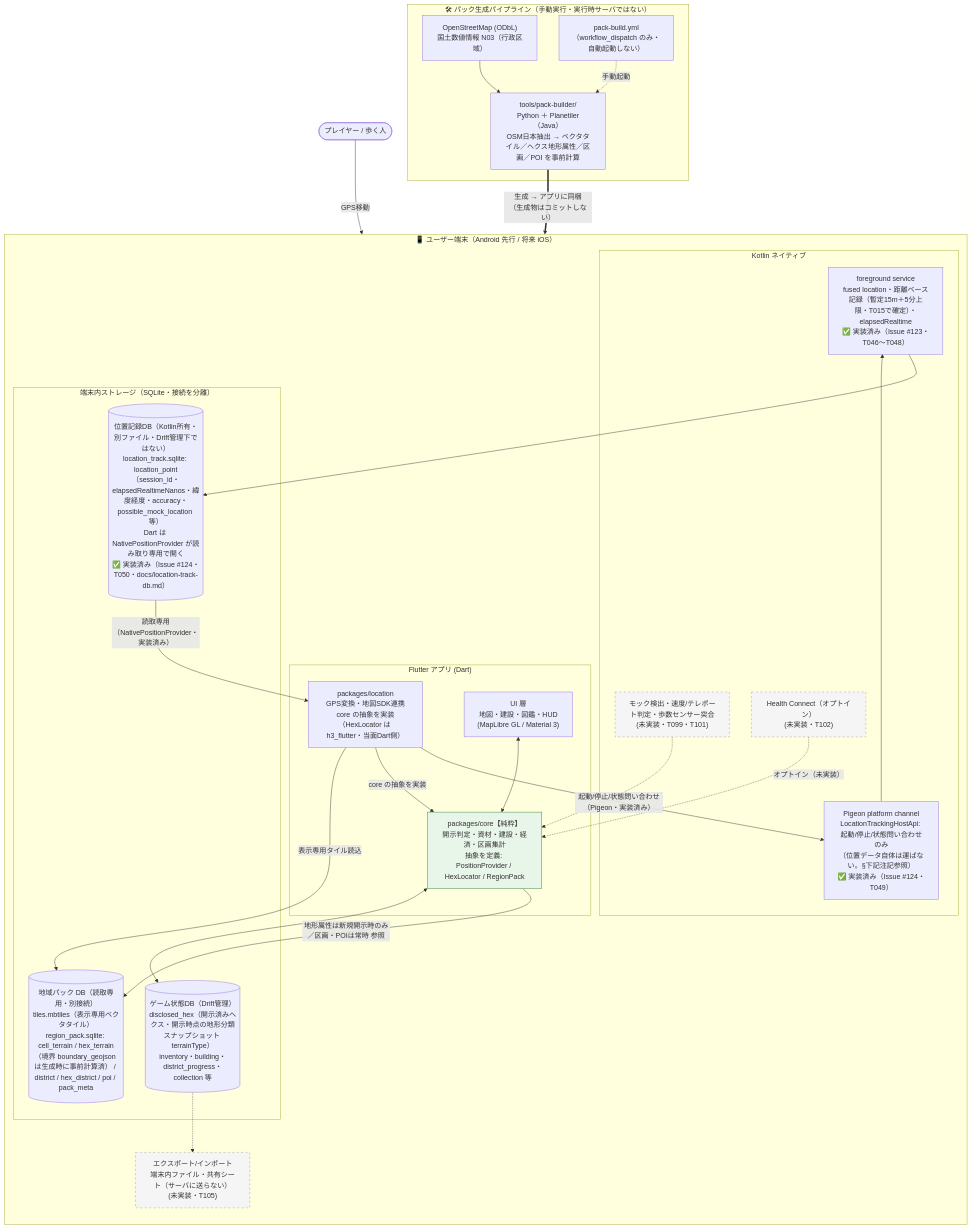
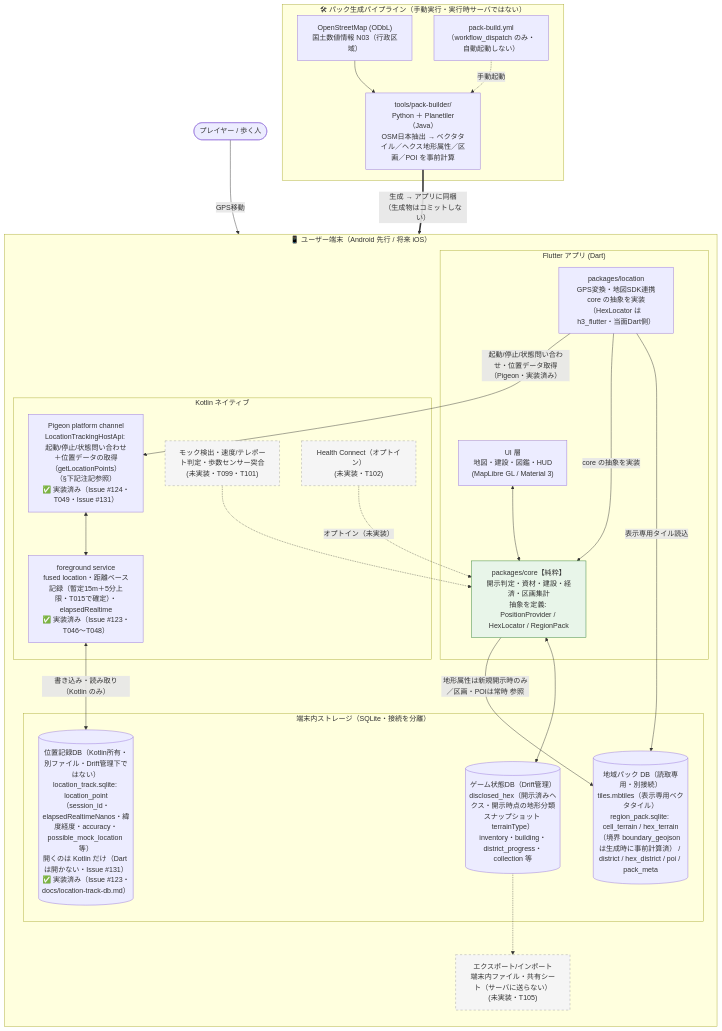
Before and after one commit to rokusoudo-product/terra-town: the first of 3 diagrams in docs/architecture.md, drawn with Mermaid. The commit also changed other lines of this file and 1 other file, not shown here.

Commit message:
docs: README・architecture の構成図と注記を location_track.sqlite は Kotlin のみが開く設計に更新（Issue #131）

````diff
--- a/docs/architecture.md
+++ b/docs/architecture.md
@@ -11,54 +11,53 @@
 ```mermaid
 flowchart TB
     user([プレイヤー / 歩く人])
 
     subgraph device["📱 ユーザー端末（Android 先行 / 将来 iOS）"]
         direction TB
         subgraph flutter["Flutter アプリ (Dart)"]
             ui["UI 層<br/>地図・建設・図鑑・HUD<br/>(MapLibre GL / Material 3)"]
             core["packages/core【純粋】<br/>開示判定・資材・建設・経済・区画集計<br/>抽象を定義: PositionProvider / HexLocator / RegionPack"]
             loc["packages/location<br/>GPS変換・地図SDK連携<br/>core の抽象を実装（HexLocator は h3_flutter・当面Dart側）"]
         end
         subgraph native["Kotlin ネイティブ"]
             fg["foreground service<br/>fused location・距離ベース記録（暫定15m＋5分上限・T015で確定）・elapsedRealtime<br/>✅ 実装済み（Issue #123・T046〜T048）"]
-            pigeon["Pigeon platform channel<br/>LocationTrackingHostApi: 起動/停止/状態問い合わせのみ<br/>（位置データ自体は運ばない。§下記注記参照）<br/>✅ 実装済み（Issue #124・T049）"]
+            pigeon["Pigeon platform channel<br/>LocationTrackingHostApi: 起動/停止/状態問い合わせ＋位置データの取得（getLocationPoints）<br/>（§下記注記参照）<br/>✅ 実装済み（Issue #124・T049・Issue #131）"]
             anti["モック検出・速度/テレポート判定・歩数センサー突合<br/>(未実装・T099・T101)"]
             health["Health Connect（オプトイン）<br/>(未実装・T102)"]
         end
         subgraph store["端末内ストレージ（SQLite・接続を分離）"]
             gamedb[("ゲーム状態DB（Drift管理）<br/>disclosed_hex（開示済みヘクス・開示時点の地形分類スナップショット terrainType）<br/>inventory・building・district_progress・collection 等")]
-            trackdb[("位置記録DB（Kotlin所有・別ファイル・Drift管理下ではない）<br/>location_track.sqlite: location_point（session_id・elapsedRealtimeNanos・緯度経度・accuracy・possible_mock_location 等）<br/>Dart は NativePositionProvider が読み取り専用で開く<br/>✅ 実装済み（Issue #124・T050・docs/location-track-db.md）")]
+            trackdb[("位置記録DB（Kotlin所有・別ファイル・Drift管理下ではない）<br/>location_track.sqlite: location_point（session_id・elapsedRealtimeNanos・緯度経度・accuracy・possible_mock_location 等）<br/>開くのは Kotlin だけ（Dart は開かない・Issue #131）<br/>✅ 実装済み（Issue #123・docs/location-track-db.md）")]
             pack[("地域パック DB（読取専用・別接続）<br/>tiles.mbtiles（表示専用ベクタタイル）<br/>region_pack.sqlite: cell_terrain / hex_terrain（境界 boundary_geojson は生成時に事前計算済） / district / hex_district / poi / pack_meta")]
         end
         exp["エクスポート/インポート<br/>端末内ファイル・共有シート（サーバに送らない）<br/>(未実装・T105)"]
     end
 
     user -->|GPS移動| fg
-    fg --> trackdb
-    trackdb -->|読取専用（NativePositionProvider・実装済み）| loc
-    loc -->|起動/停止/状態問い合わせ（Pigeon・実装済み）| pigeon
-    pigeon --> fg
+    fg <-->|書き込み・読み取り（Kotlin のみ）| trackdb
+    loc -->|起動/停止/状態問い合わせ・位置データ取得（Pigeon・実装済み）| pigeon
+    pigeon <--> fg
     anti -.-> core
     health -.オプトイン（未実装）.-> core
     loc -->|core の抽象を実装| core
     ui <--> core
     loc -->|表示専用タイル読込| pack
     core -->|地形属性は新規開示時のみ／区画・POIは常時 参照| pack
     core <--> gamedb
     gamedb -.-> exp
 
     subgraph packbuild["🛠 パック生成パイプライン（手動実行・実行時サーバではない）"]
         planetiler["tools/pack-builder/<br/>Python ＋ Planetiler（Java）<br/>OSM日本抽出 → ベクタタイル／ヘクス地形属性／区画／POI を事前計算"]
         osm["OpenStreetMap (ODbL)<br/>国土数値情報 N03（行政区域）"]
         ghaction["pack-build.yml<br/>（workflow_dispatch のみ・自動起動しない）"]
     end
 
     osm --> planetiler
     ghaction -.手動起動.-> planetiler
     planetiler ==>|生成 → アプリに同梱<br/>（生成物はコミットしない）| pack
 
     classDef pure fill:#e8f5e9,stroke:#2e7d32;
     classDef planned stroke-dasharray: 5 5,fill:#f5f5f5,stroke:#9e9e9e;
     class core pure
     class anti,health,exp planned
 ```
````
